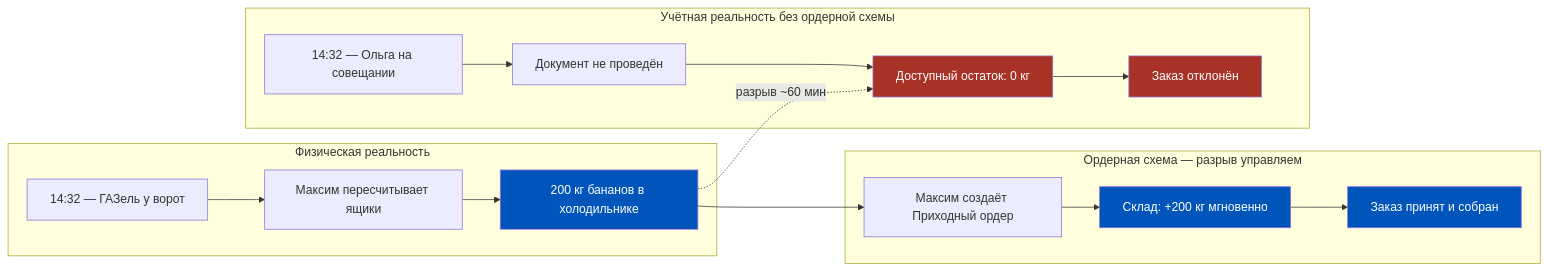
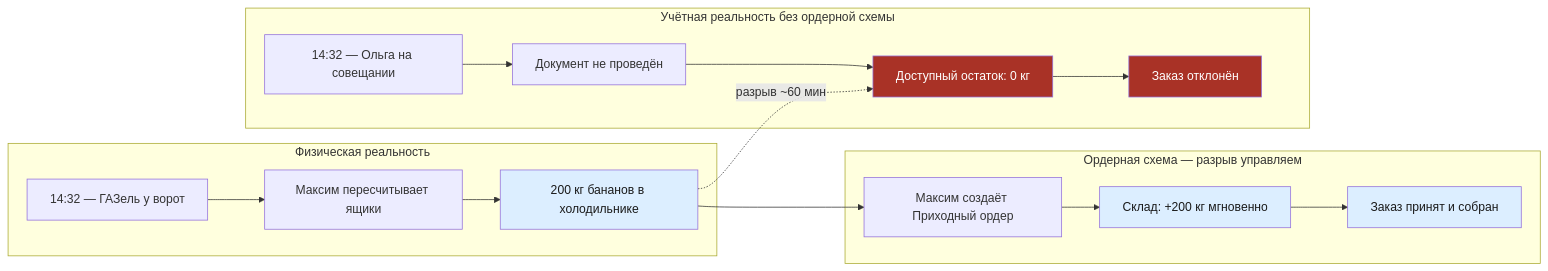
Before and after one commit to murad1986/1c-erp-quartz: the first of 8 diagrams in content/1c-erp/week_4/Неделя 4 - День 1 - Ордерная схема склада.md, drawn with Mermaid. The commit also changed other lines of this file and 57 other files, not shown here.

First line of the commit message:
fix: Mermaid — пастельные цвета в источниках диаграмм (56 файлов)

````diff
--- a/content/1c-erp/week_4/Неделя 4 - День 1 - Ордерная схема склада.md
+++ b/content/1c-erp/week_4/Неделя 4 - День 1 - Ордерная схема склада.md
@@ -49,34 +49,34 @@
 ```mermaid
 flowchart LR
     subgraph FIZIKA["Физическая реальность"]
         P1["14:32 — ГАЗель у ворот"]
         P2["Максим пересчитывает ящики"]
         P3["200 кг бананов в холодильнике"]
         P1 --> P2 --> P3
     end
 
     subgraph ERPREAL["Учётная реальность без ордерной схемы"]
         E1["14:32 — Ольга на совещании"]
         E2["Документ не проведён"]
         E3["Доступный остаток: 0 кг"]
         E4["Заказ отклонён"]
         E1 --> E2 --> E3 --> E4
     end
 
     P3 -. "разрыв ~60 мин" .-> E3
 
     subgraph RESHEN["Ордерная схема — разрыв управляем"]
         R1["Максим создаёт Приходный ордер"]
         R2["Склад: +200 кг мгновенно"]
         R3["Заказ принят и собран"]
         R1 --> R2 --> R3
     end
 
     P3 --> R1
 
-    style P3 fill:#0055BB,color:#fff
+    style P3 fill:#dceeff,color:#1a1a1a
     style E3 fill:#A93226,color:#fff
     style E4 fill:#A93226,color:#fff
-    style R2 fill:#0055BB,color:#fff
-    style R3 fill:#0055BB,color:#fff
+    style R2 fill:#dceeff,color:#1a1a1a
+    style R3 fill:#dceeff,color:#1a1a1a
 ```
````
